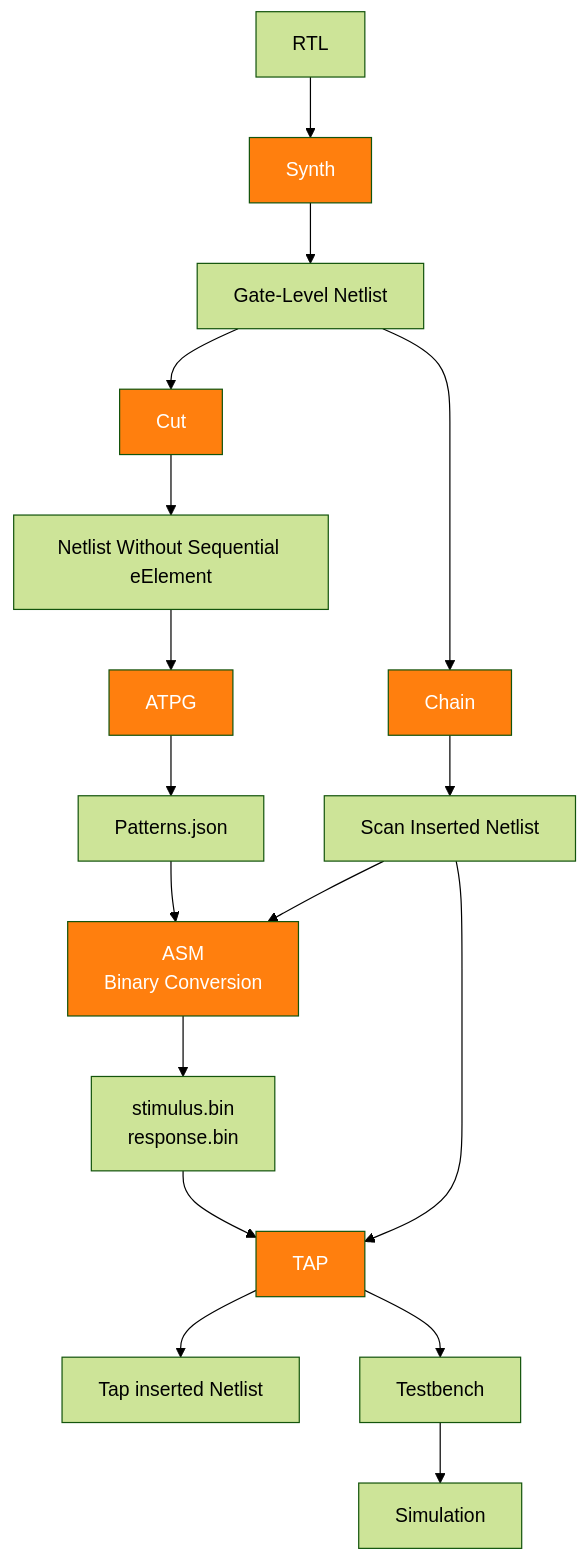
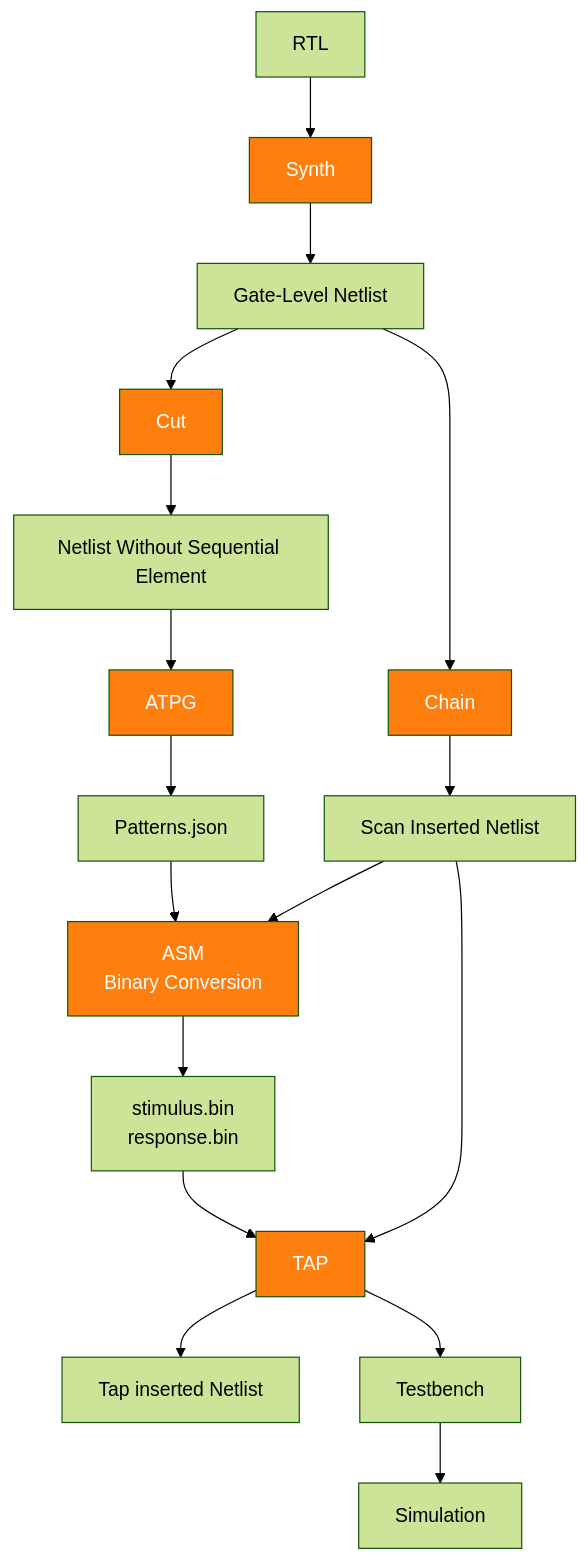
Before and after one commit to keyurd1998-sys/open-source-dft-flow: the diagram in README.md, drawn with Mermaid (forest theme).

````diff
--- a/README.md
+++ b/README.md
@@ -33,27 +33,27 @@
 ```mermaid
 flowchart TB
 A[RTL] --> B[Synth]
 B --> C[Gate-Level Netlist]
 C --> D[Cut]
-D --> E[Netlist Without Sequential eElement]
+D --> E[Netlist Without Sequential Element]
 C --> J[Chain]
 J --> K[Scan Inserted Netlist]
 E --> F[ATPG]
 F --> G[Patterns.json]
 G --> H[ASM<br/>Binary Conversion]
 K --> H
 H --> I[stimulus.bin<br/>response.bin]
 K --> L[TAP]
 I --> L
 L --> M[Tap inserted Netlist]
 L --> P[Testbench]
 P --> N[Simulation]
 
 
 style B fill:#ff7f0e,color:#fff
 style D fill:#ff7f0e,color:#fff
 style F fill:#ff7f0e,color:#fff
 style J fill:#ff7f0e,color:#fff
 style H fill:#ff7f0e,color:#fff
 style L fill:#ff7f0e,color:#fff
 ```
````
